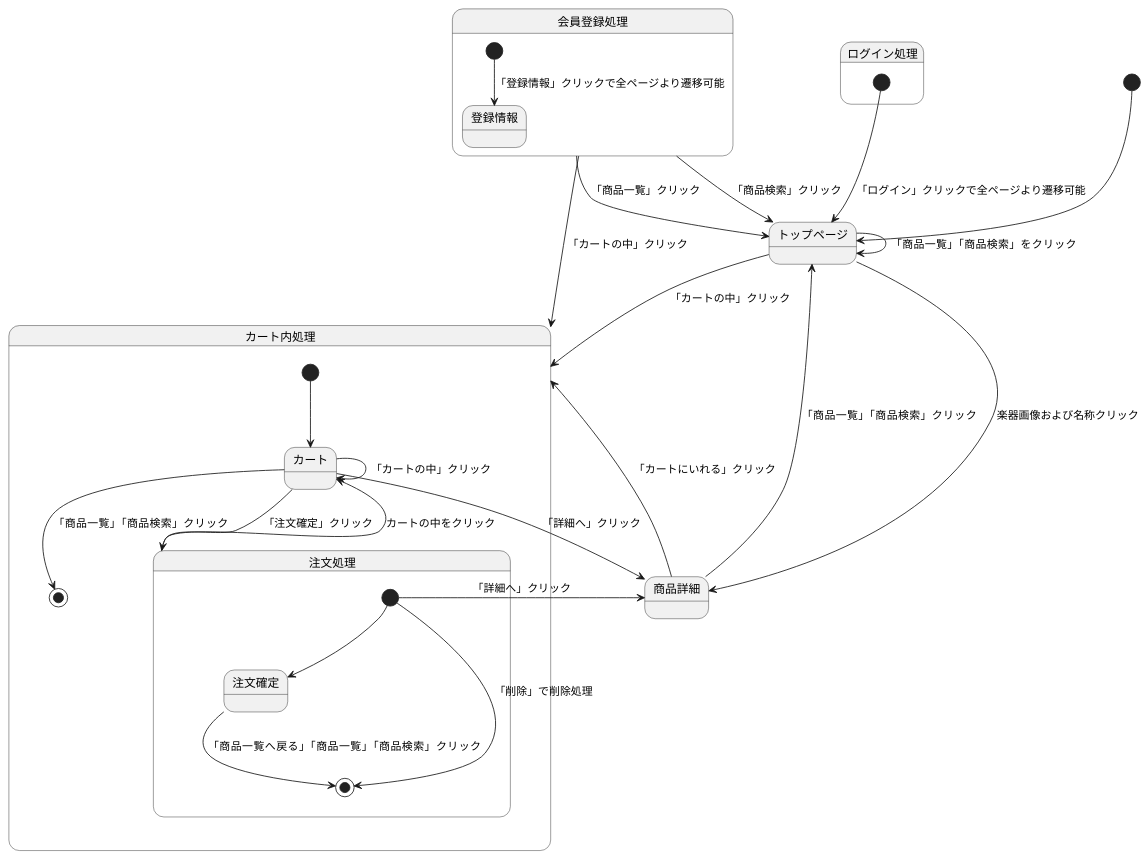
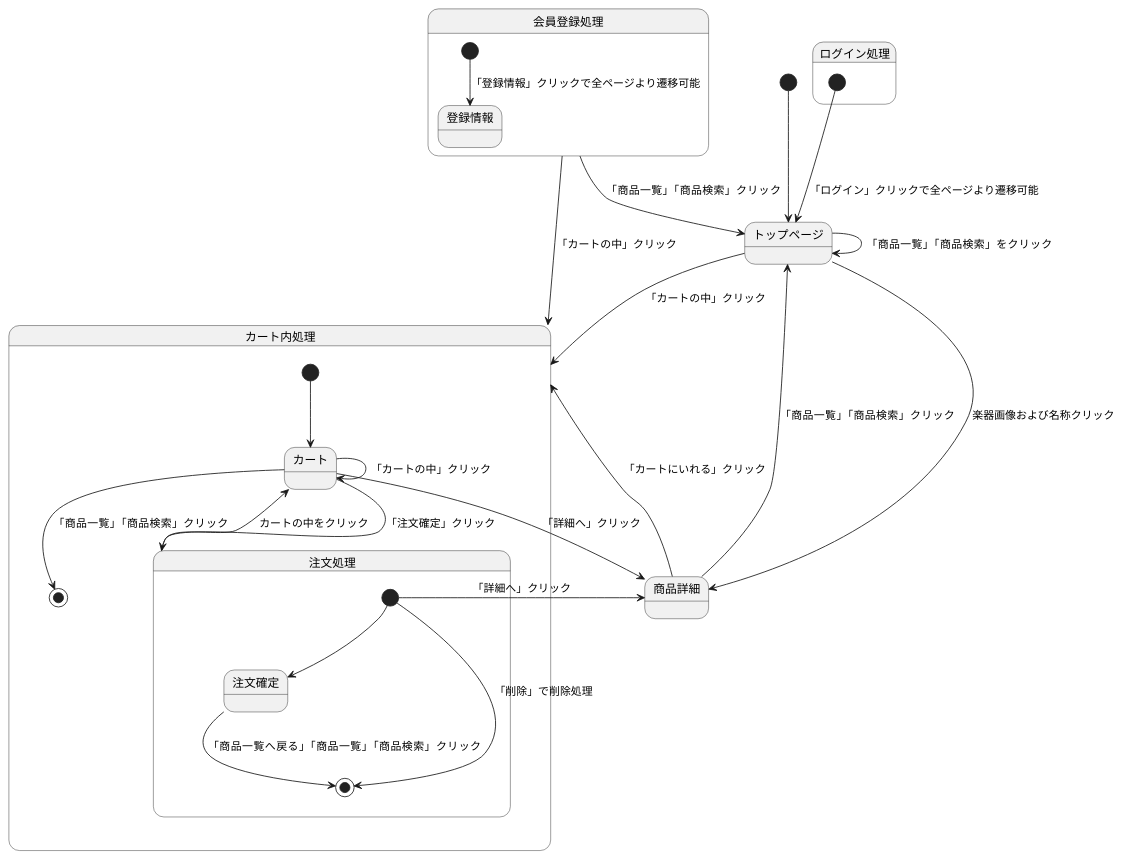
Before and after one commit to Aso2001374/2021sys-design: the third of 3 diagrams in stm01.md, drawn with PlantUML.

````diff
--- a/stm01.md
+++ b/stm01.md
@@ -55,43 +55,42 @@
 ```uml
 @startuml
 [*] --> トップページ
 
 トップページ--> トップページ : 「商品一覧」「商品検索」をクリック
 トップページ--> カート内処理 : 「カートの中」クリック
 トップページ--> 商品詳細 : 楽器画像および名称クリック
 
 商品詳細--> トップページ : 「商品一覧」「商品検索」クリック
 商品詳細--> カート内処理 : 「カートにいれる」クリック
 
-会員登録処理 --> トップページ : 「商品一覧」クリック
-会員登録処理 --> トップページ : 「商品検索」クリック
+会員登録処理 --> トップページ : 「商品一覧」「商品検索」クリック
 会員登録処理 --> カート内処理 : 「カートの中」クリック
 
 state ログイン処理{
 [*] --> トップページ : 「ログイン」クリックで全ページより遷移可能
 }
 
 state 会員登録処理{
 [*] --> 登録情報 : 「登録情報」クリックで全ページより遷移可能
 }
 
 
 state カート内処理{
 [*] --> カート
 カート --> 注文処理 :「注文確定」クリック
 カート--> カート :「カートの中」クリック
 カート --> 商品詳細 : 「詳細へ」クリック
 カート--> [*]: 「商品一覧」「商品検索」クリック
 
 state 注文処理{
 [*]--> 注文確定
 [*]--> 商品詳細 : 「詳細へ」クリック
 [*]--> [*]: 「削除」で削除処理
 注文確定--> [*]: 「商品一覧へ戻る」「商品一覧」「商品検索」クリック
 }
 
 注文処理 --> カート : カートの中をクリック
 }
 
 @enduml
 ```
````
